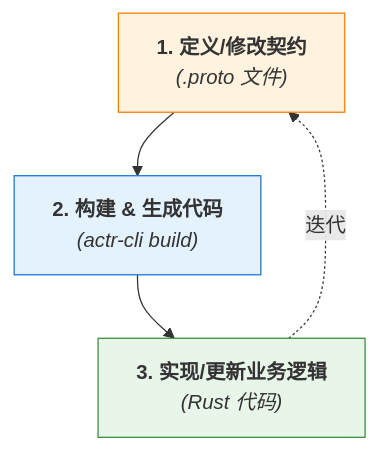
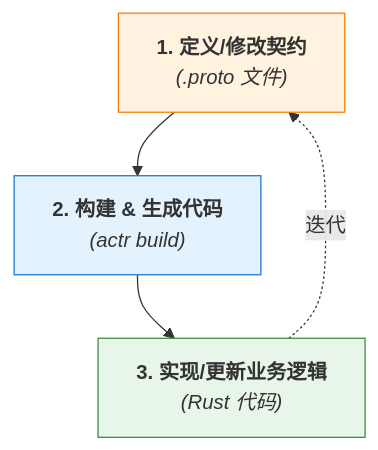
The diagram in zh-hans/3.3-application-proto-contract.zh.md (actor-rtc/actor-rtc.github.io), drawn with Mermaid before and after one commit. The commit also changed other lines of this file and 12 other files, not shown here.

Commit message:
docs: replace actr-cli command references with actr

````diff
--- a/zh-hans/3.3-application-proto-contract.zh.md
+++ b/zh-hans/3.3-application-proto-contract.zh.md
@@ -22,14 +22,14 @@
 ```mermaid
 graph TD
     A["<b>1. 定义/修改契约</b><br/><i>(.proto 文件)</i>"]
-    B["<b>2. 构建 & 生成代码</b><br/><i>(actr-cli build)</i>"]
+    B["<b>2. 构建 & 生成代码</b><br/><i>(actr build)</i>"]
     C["<b>3. 实现/更新业务逻辑</b><br/><i>(Rust 代码)</i>"]
 
     A --> B
     B --> C
     C -.->|迭代| A
 
     style A fill:#fff3e0,stroke:#f57c00
     style B fill:#e3f2fd,stroke:#1976d2
     style C fill:#e8f5e9,stroke:#388e3c
 ```
````
